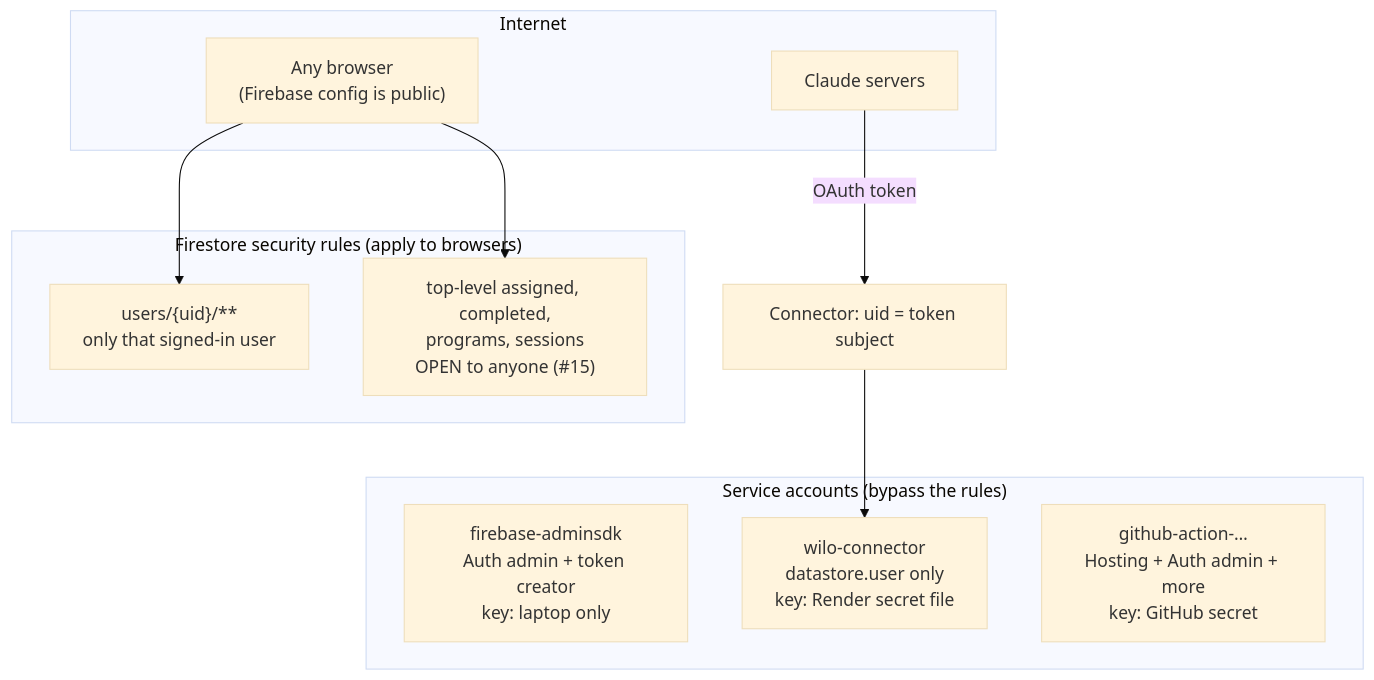
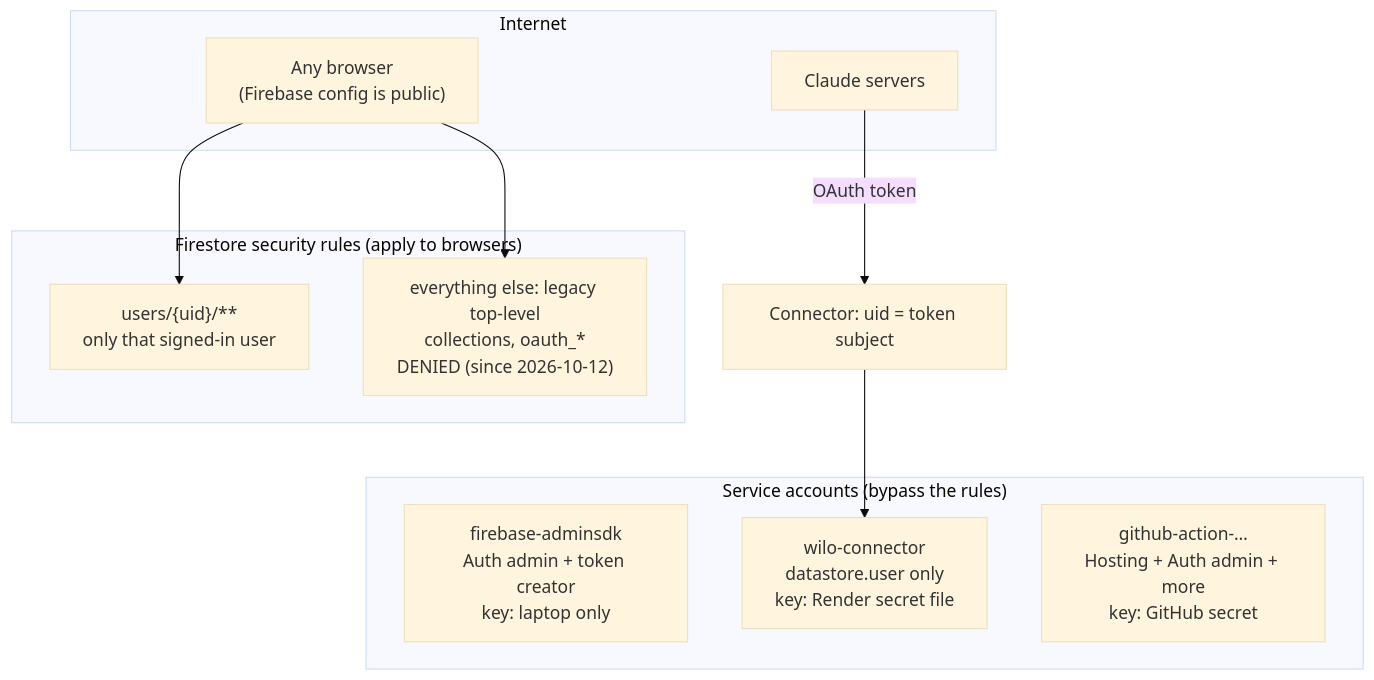
Before and after one commit to CoachThomLamb/wilo_ai: the third of 3 diagrams in docs/infrastructure-and-rebuild.md, drawn with Mermaid (base theme). The commit also changed other lines of this file and 2 other files, not shown here.

````diff
--- a/docs/infrastructure-and-rebuild.md
+++ b/docs/infrastructure-and-rebuild.md
@@ -119,20 +119,20 @@
 ```mermaid
 flowchart TB
     subgraph Internet
         B["Any browser<br/>(Firebase config is public)"]
         CL["Claude servers"]
     end
     subgraph Rules["Firestore security rules (apply to browsers)"]
         R1["users/{uid}/**<br/>only that signed-in user"]
-        R2["top-level assigned, completed,<br/>programs, sessions<br/>OPEN to anyone (#15)"]
+        R2["everything else: legacy top-level<br/>collections, oauth_*<br/>DENIED (since 2026-10-12)"]
     end
     subgraph Admin["Service accounts (bypass the rules)"]
         K1["firebase-adminsdk<br/>Auth admin + token creator<br/>key: laptop only"]
         K2["wilo-connector<br/>datastore.user only<br/>key: Render secret file"]
         K3["github-action-…<br/>Hosting + Auth admin + more<br/>key: GitHub secret"]
     end
     B --> R1
     B --> R2
     CL -- "OAuth token" --> CONN["Connector: uid = token subject"]
     CONN --> K2
 ```
````
